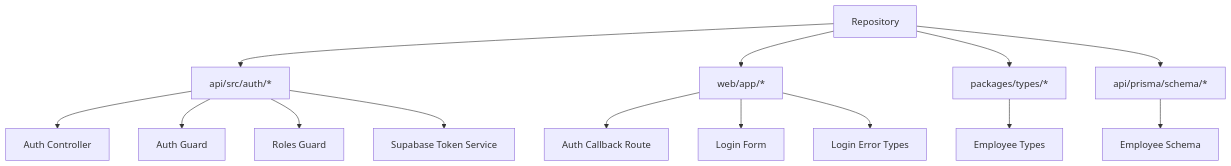
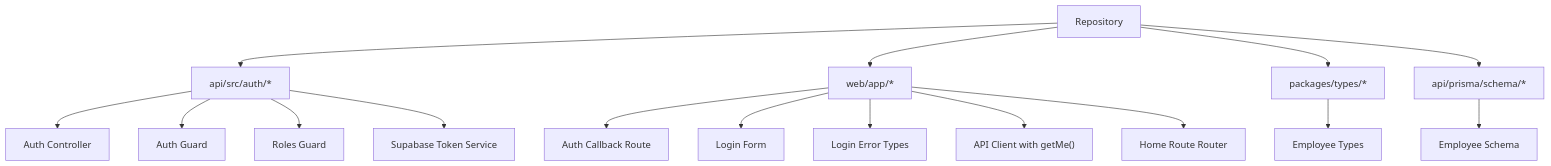
One commit to epo33m/scheduling changed the first of 4 diagrams in .qoder/repowiki/en/content/Product Requirements Document/Functional Specifications/Authentication Module (F1).md. Above: the diagram before and after it, drawn with Mermaid. The commit also changed other lines of this file and 101 other files, not shown here.

````diff
--- a/.qoder/repowiki/en/content/Product Requirements Document/Functional Specifications/Authentication Module (F1).md
+++ b/.qoder/repowiki/en/content/Product Requirements Document/Functional Specifications/Authentication Module (F1).md
@@ -52,21 +56,23 @@
 ```mermaid
 graph TB
 Repo["Repository"]
 API["api/src/auth/*"]
 Web["web/app/*"]
 Types["packages/types/*"]
 Schema["api/prisma/schema/*"]
 Repo --> API
 Repo --> Web
 Repo --> Types
 Repo --> Schema
 API --> AuthController["Auth Controller"]
 API --> AuthGuard["Auth Guard"]
 API --> RolesGuard["Roles Guard"]
 API --> TokenService["Supabase Token Service"]
 Web --> CallbackRoute["Auth Callback Route"]
 Web --> LoginForm["Login Form"]
 Web --> LoginErrors["Login Error Types"]
+Web --> ApiClient["API Client with getMe()"]
+Web --> HomeRouter["Home Route Router"]
 Types --> EmployeeTypes["Employee Types"]
 Schema --> EmployeeSchema["Employee Schema"]
 ```
````
